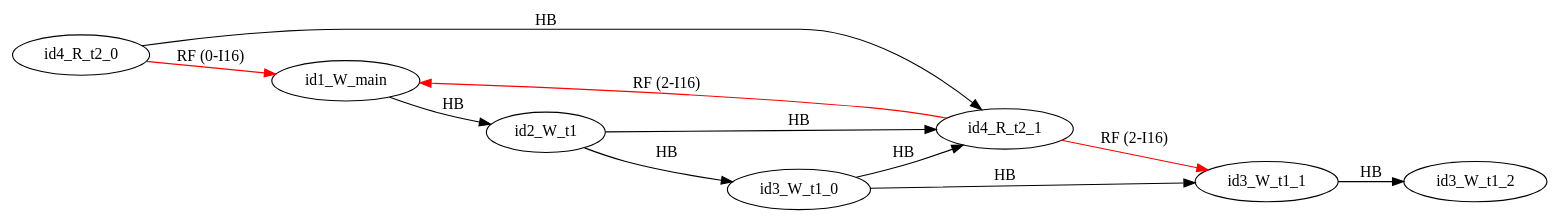
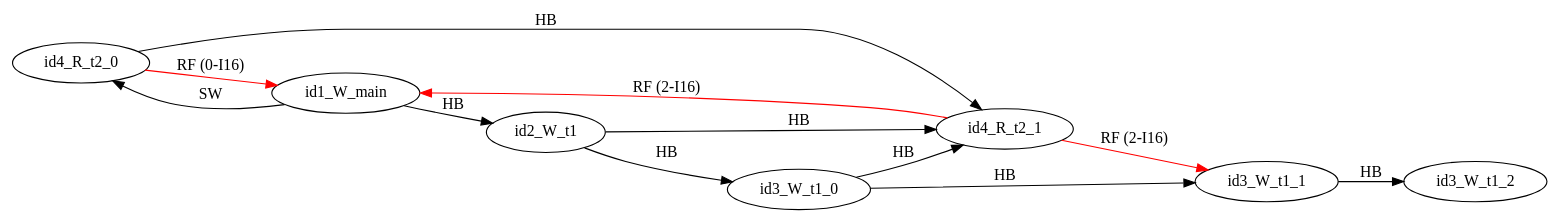
The diagram in examples/single_var/sv_simple16/mm4.dot (FMJS/EMME), drawn with Graphviz before and after one commit. The commit also changed 56 other files, not shown here.

```diff
--- a/examples/single_var/sv_simple16/mm4.dot
+++ b/examples/single_var/sv_simple16/mm4.dot
@@ -1,21 +1,22 @@
 digraph memory_model {
 rankdir=LR;
 splines=true; esep=0.5;
 id4_R_t2_0 -> id1_W_main [label = "RF (0-I16)", color="red"];
 id4_R_t2_1 -> id1_W_main [label = "RF (2-I16)", color="red"];
 id4_R_t2_1 -> id3_W_t1_1 [label = "RF (2-I16)", color="red"];
 id2_W_t1 -> id3_W_t1_0 [label = "HB", color="black"];
 id3_W_t1_0 -> id3_W_t1_1 [label = "HB", color="black"];
 id3_W_t1_1 -> id3_W_t1_2 [label = "HB", color="black"];
 id4_R_t2_0 -> id4_R_t2_1 [label = "HB", color="black"];
 id1_W_main -> id2_W_t1 [label = "HB", color="black"];
 id2_W_t1 -> id4_R_t2_1 [label = "HB", color="black"];
 id3_W_t1_0 -> id4_R_t2_1 [label = "HB", color="black"];
+id1_W_main -> id4_R_t2_0 [label = "SW", color="black"];
 id1_W_main [pos="2.5,8!"]
 id2_W_t1 [pos="0,6!"]
 id3_W_t1_0 [pos="0,4!"]
 id3_W_t1_1 [pos="0,2!"]
 id3_W_t1_2 [pos="0,0!"]
 id4_R_t2_0 [pos="5,6!"]
 id4_R_t2_1 [pos="5,4!"]
 }
```
